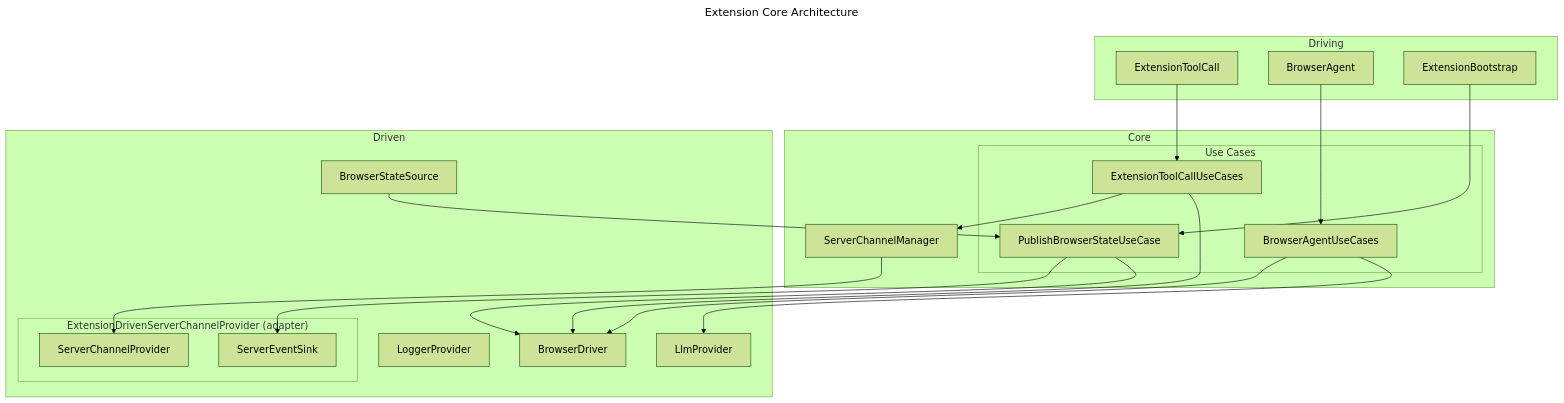
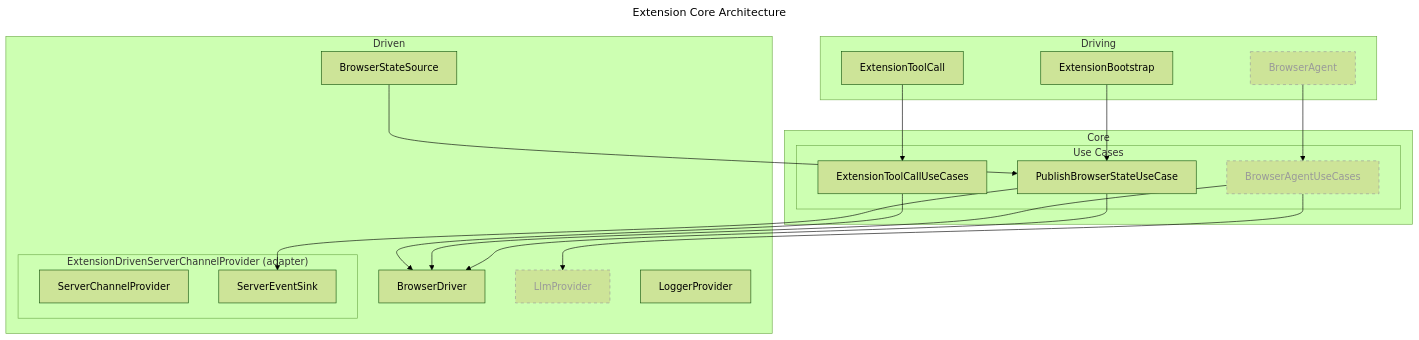
Before and after one commit to ndthanhdev/mcp-browser-kit: the fourth of 5 diagrams in docs/architecture.md, drawn with Mermaid (forest theme). The commit also changed other lines of this file and 10 other files, not shown here.

````diff
--- a/docs/architecture.md
+++ b/docs/architecture.md
@@ -113,44 +113,45 @@
 ```mermaid
 ---
 title: Extension Core Architecture
 ---
 flowchart TD
   subgraph Driving["Driving"]
     ExtensionToolCall
     BrowserAgent
     ExtensionBootstrap
   end
   subgraph ExtensionCore["Core"]
     subgraph UseCases["Use Cases"]
       ExtensionToolCallUseCases
       PublishBrowserStateUseCase
       BrowserAgentUseCases
     end
-    ServerChannelManager
   end
   subgraph Driven["Driven"]
     BrowserDriver
     BrowserStateSource
     LlmProvider
     subgraph ExtensionDrivenServerChannelProvider["ExtensionDrivenServerChannelProvider (adapter)"]
       ServerChannelProvider
       ServerEventSink
     end
     LoggerProvider
   end
 
   %% From Driving
   ExtensionToolCall --> ExtensionToolCallUseCases
   BrowserAgent --> BrowserAgentUseCases
   ExtensionBootstrap --> PublishBrowserStateUseCase
   %% From Core
   ExtensionToolCallUseCases --> BrowserDriver
-  ExtensionToolCallUseCases --> ServerChannelManager
-  ServerChannelManager --> ServerChannelProvider
   BrowserAgentUseCases --> LlmProvider
   BrowserAgentUseCases --> BrowserDriver
   %% Observability
   BrowserStateSource --> PublishBrowserStateUseCase
   PublishBrowserStateUseCase --> BrowserDriver
   PublishBrowserStateUseCase --> ServerEventSink
+
+  %% Planned (not yet implemented)
+  classDef planned stroke-dasharray:5 5,stroke:#999,color:#999;
+  class BrowserAgent,BrowserAgentUseCases,LlmProvider planned;
 ```
````
